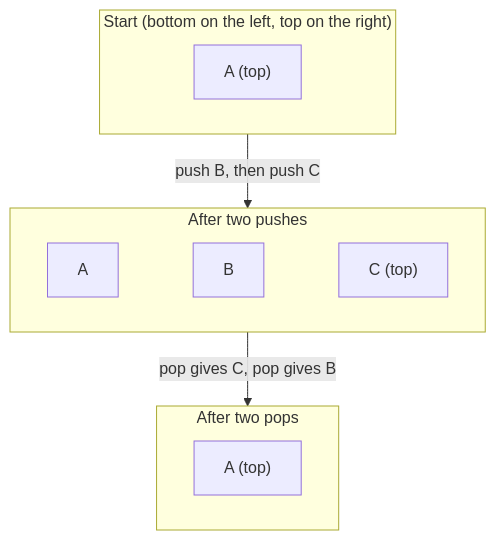
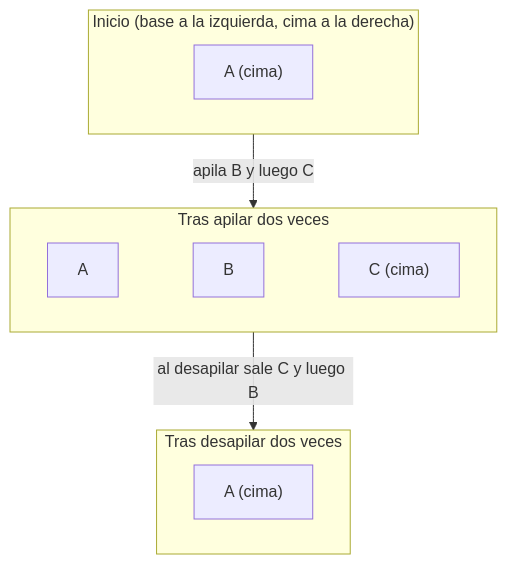
Before and after one commit to dullroar/aprende-a-programar-como-un-bicho-raro: the diagram in lessons/cs-source/concepts/stack-data-structure.md, drawn with Mermaid. The commit also changed other lines of this file and 42 other files, not shown here.

````diff
--- a/lessons/cs-source/concepts/stack-data-structure.md
+++ b/lessons/cs-source/concepts/stack-data-structure.md
@@ -8,19 +8,19 @@
 ```mermaid
 flowchart TB
-    accTitle: A stack is last-in, first-out, and only the top element can be pushed or popped
-    accDescr: Three snapshots of a stack, top to bottom, each drawn from the stack's bottom on the left to its top on the right. At the start the stack holds only A. After push B and push C it holds A, B and C, with C on top. Two pops then return C first and B second, leaving only A. The most recent push is always the first to come back out.
-    subgraph T1["Start (bottom on the left, top on the right)"]
+    accTitle: En una pila sale primero lo último que entró. Solo puedes apilar o desapilar por la cima
+    accDescr: Tres vistas de una pila, de arriba abajo, cada una con la base a la izquierda y la cima a la derecha. Al principio la pila solo contiene A. Tras apilar B y luego C, contiene A, B y C, con C en la cima. Al desapilar dos veces, sale C primero y B después. Solo queda A. Lo último que se apila siempre es lo primero que vuelve a salir.
+    subgraph T1["Inicio (base a la izquierda, cima a la derecha)"]
         direction LR
-        a1["A (top)"]
+        a1["A (cima)"]
     end
-    subgraph T2["After two pushes"]
+    subgraph T2["Tras apilar dos veces"]
         direction LR
-        b1["A"] ~~~ b2["B"] ~~~ b3["C (top)"]
+        b1["A"] ~~~ b2["B"] ~~~ b3["C (cima)"]
     end
-    subgraph T3["After two pops"]
+    subgraph T3["Tras desapilar dos veces"]
         direction LR
-        c1["A (top)"]
+        c1["A (cima)"]
     end
-    T1 -->|"push B, then push C"| T2
-    T2 -->|"pop gives C, pop gives B"| T3
+    T1 -->|"apila B y luego C"| T2
+    T2 -->|"al desapilar sale C y luego B"| T3
 ```
````
